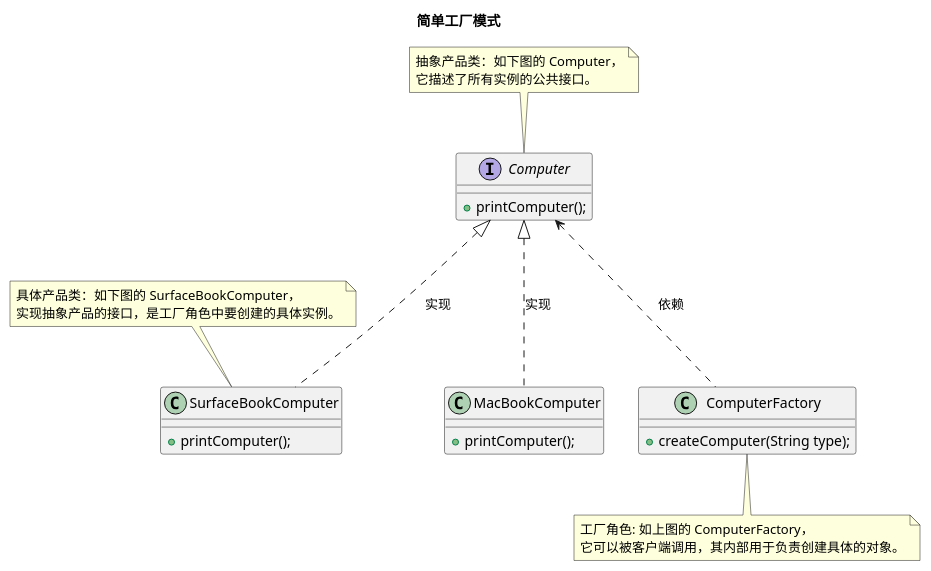
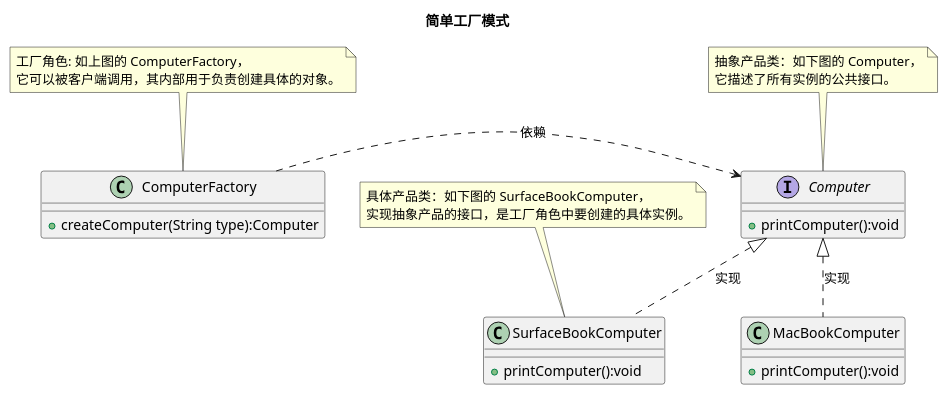
One commit to MikeWrong/uml changed the diagram in 简单工厂模式.puml. Above: the diagram before and after it, drawn with PlantUML. The commit also changed 2 other files, not shown here.

```diff
--- a/简单工厂模式.puml
+++ b/简单工厂模式.puml
@@ -1,29 +1,29 @@
 @startuml
 title 简单工厂模式
 
 interface Computer{
-+printComputer();
++printComputer():void
 }
 note top:抽象产品类：如下图的 Computer，\n它描述了所有实例的公共接口。
 
 class SurfaceBookComputer{
-+printComputer();
++printComputer():void
 }
 note top:具体产品类：如下图的 SurfaceBookComputer，\n实现抽象产品的接口，是工厂角色中要创建的具体实例。
 
 class MacBookComputer{
-+printComputer();
++printComputer():void
 }
 
 class ComputerFactory{
-+createComputer(String type);
++createComputer(String type):Computer
 }
-note bottom:工厂角色: 如上图的 ComputerFactory，\n它可以被客户端调用，其内部用于负责创建具体的对象。
+note top:工厂角色: 如上图的 ComputerFactory，\n它可以被客户端调用，其内部用于负责创建具体的对象。
 
-Computer<|...SurfaceBookComputer:实现
-Computer<|...MacBookComputer:实现
-Computer<...ComputerFactory:依赖
+Computer<|..SurfaceBookComputer:实现
+Computer<|..MacBookComputer:实现
+Computer<.left.ComputerFactory:依赖
 
 /'缺点：简单工厂模式是违反“开闭原则”，即对扩展开放，
 对修改关闭；因为如果要新增具体产品，就需要修改工厂类的代码。'/
 @enduml
```
